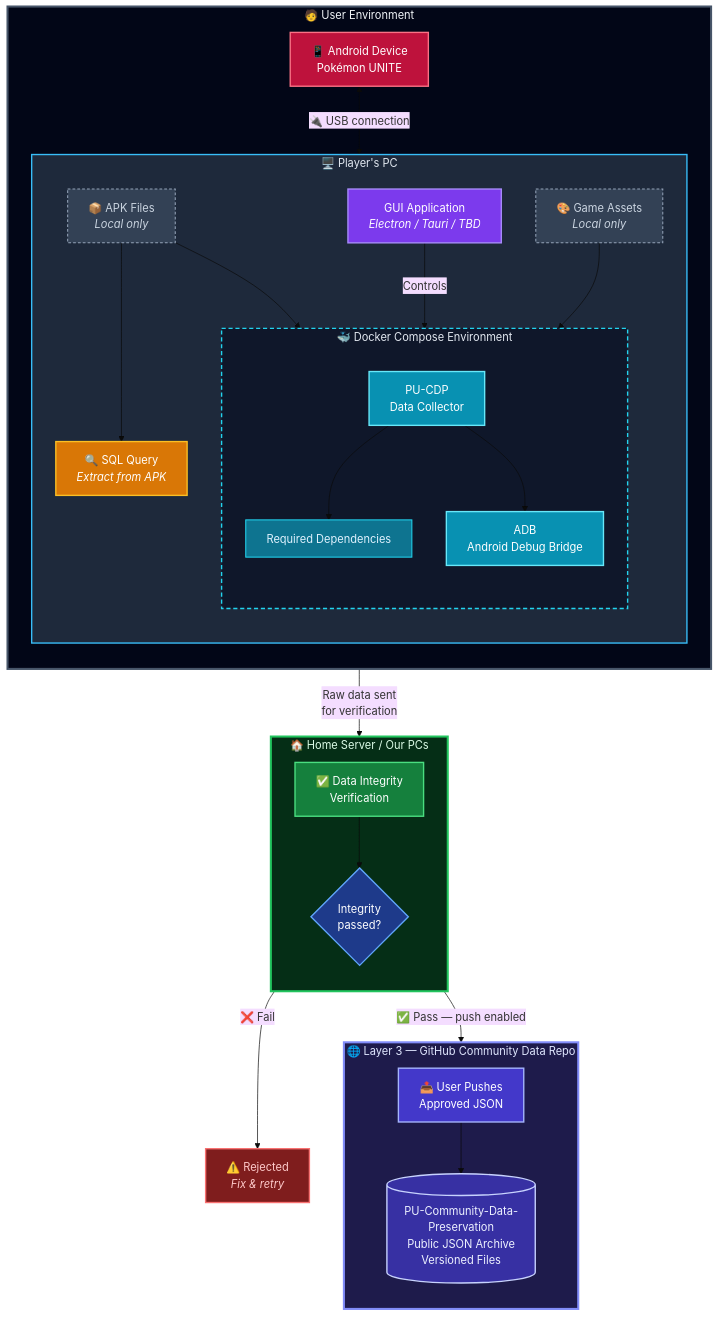
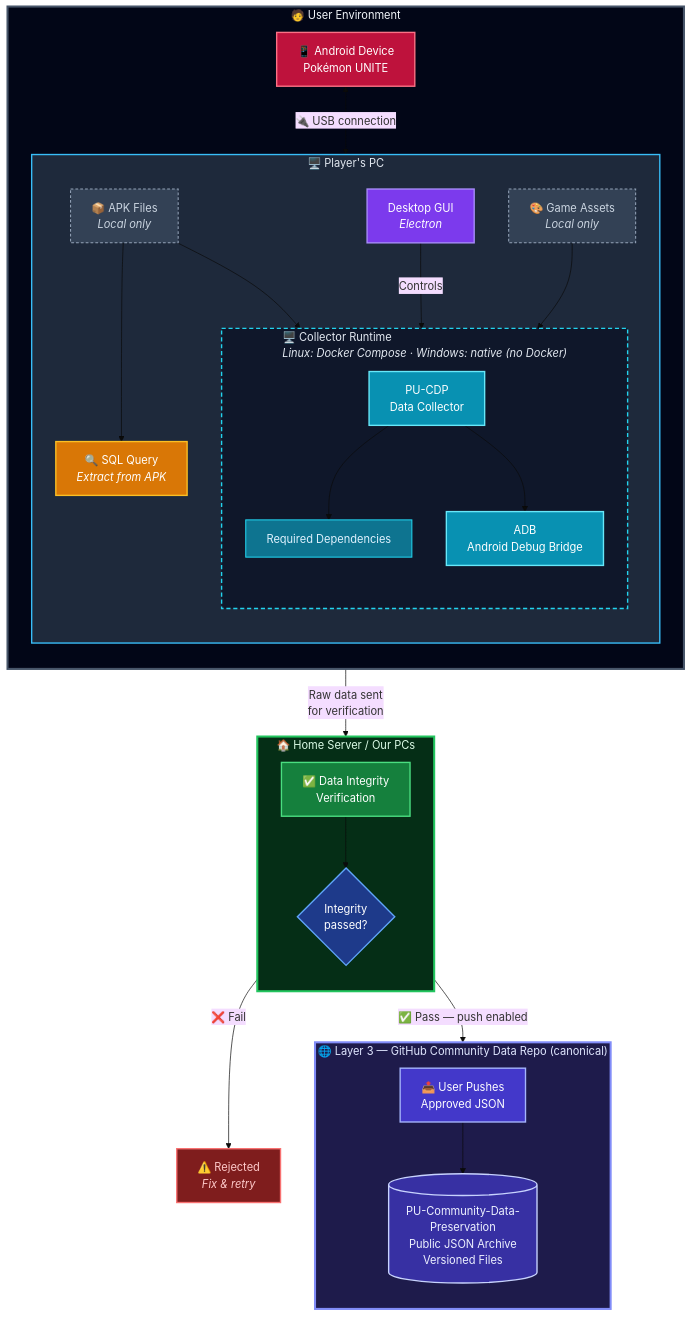
Before and after one commit to Waste0fTimee/PU-Community-Data-Preservation: the diagram in README.md, drawn with Mermaid (base theme). The commit also changed other lines of this file and 12 other files, not shown here.

First line of the commit message:
Set up Electron dev environment and platform-aware docs

```diff
--- a/README.md
+++ b/README.md
@@ -88,9 +101,9 @@
         subgraph PC["🖥️ Player's PC"]
             direction TB
 
-            GUI["GUI Application<br/><i>Electron / Tauri / TBD</i>"]
+            GUI["Desktop GUI<br/><i>Electron</i>"]
 
-            subgraph DOCKER["🐳 Docker Compose Environment"]
+            subgraph DOCKER["🖥️ Collector Runtime<br/><i>Linux: Docker Compose · Windows: native (no Docker)</i>"]
                 direction TB
 
                 COLLECTOR["PU-CDP<br/>Data Collector"]
@@ -125,7 +138,7 @@
         INTEGRITY --> CHECK
     end
 
-    subgraph GITHUB["🌐 Layer 3 — GitHub Community Data Repo"]
+    subgraph GITHUB["🌐 Layer 3 — GitHub Community Data Repo (canonical)"]
         direction TB
 
         PUSH["📤 User Pushes<br/>Approved JSON"]
```
